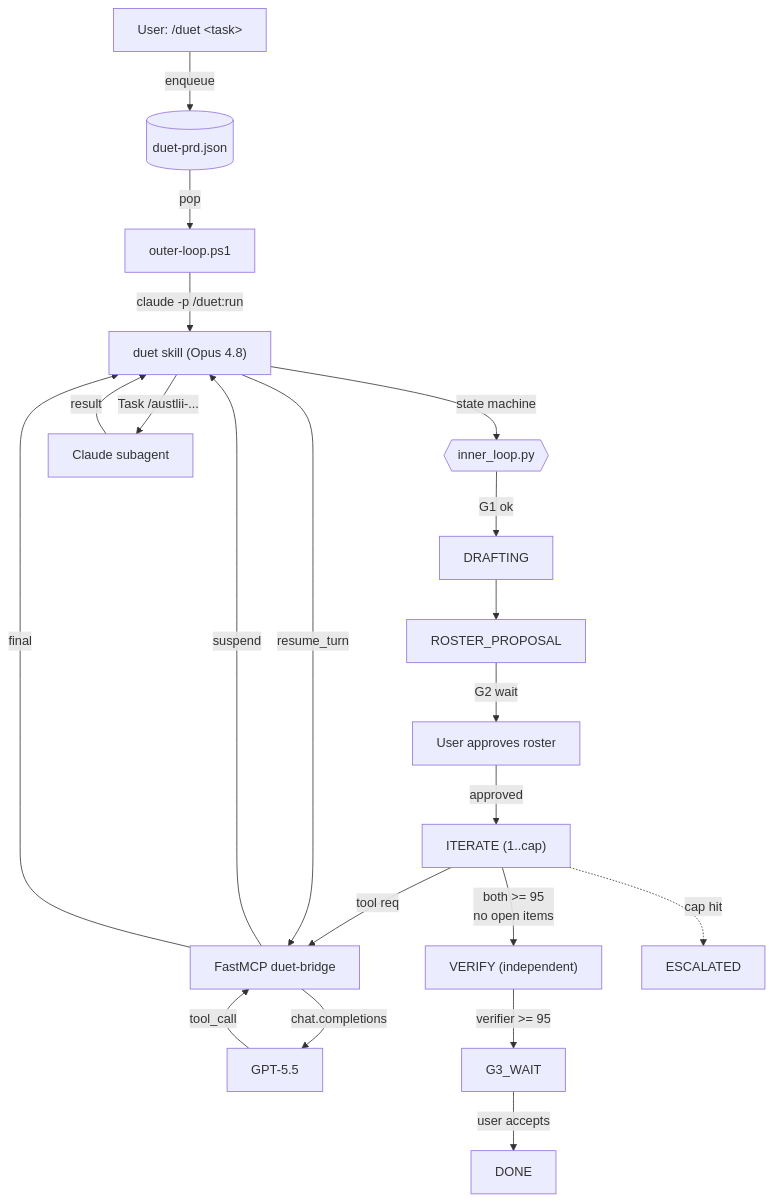
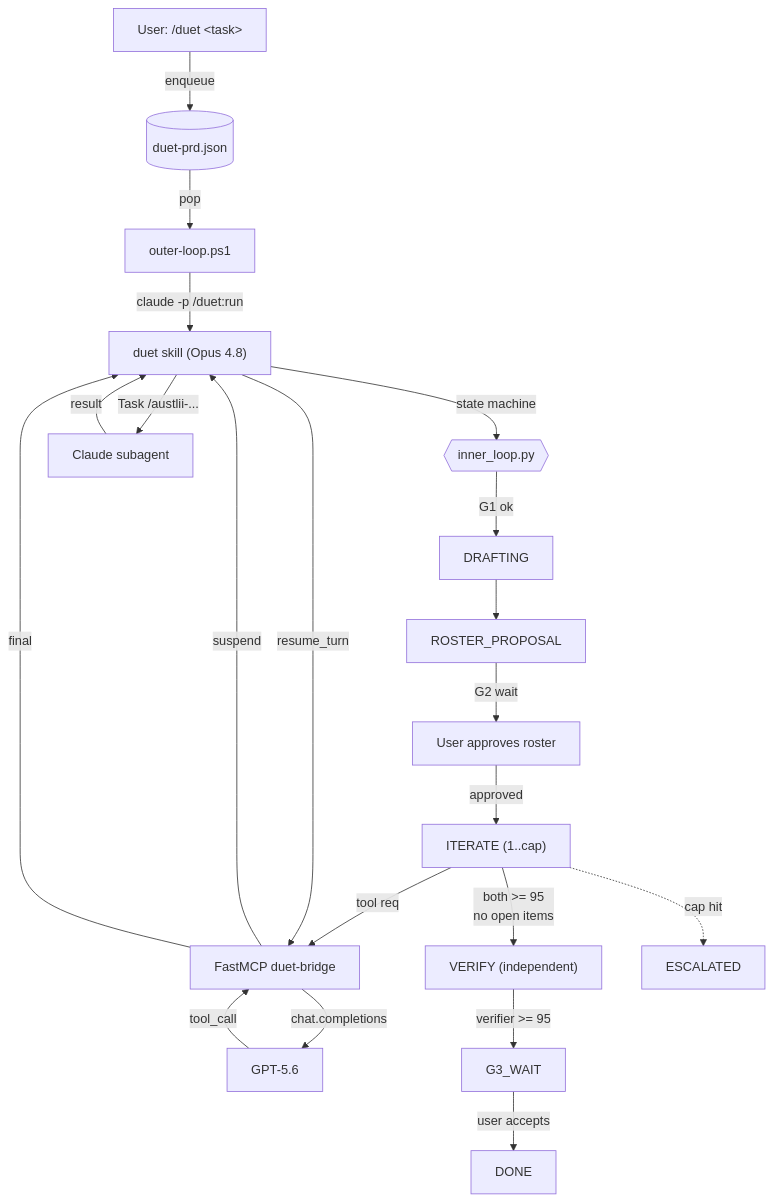
The diagram in README.md (acor8826/duet-build), drawn with Mermaid before and after one commit. The commit also changed other lines of this file and 14 other files, not shown here.

````diff
--- a/README.md
+++ b/README.md
@@ -24,23 +24,23 @@
 ```mermaid
 flowchart TB
     user["User: /duet &lt;task&gt;"] -->|enqueue| prd[("duet-prd.json")]
     prd -->|pop| outer["outer-loop.ps1"]
     outer -->|claude -p /duet:run| skill["duet skill (Opus 4.8)"]
     skill -->|state machine| sm{{"inner_loop.py"}}
     sm -->|G1 ok| draft["DRAFTING"]
     draft --> roster["ROSTER_PROPOSAL"]
     roster -->|G2 wait| user2["User approves roster"]
     user2 -->|approved| iter["ITERATE (1..cap)"]
     iter -->|tool req| bridge["FastMCP duet-bridge"]
-    bridge -->|chat.completions| gpt["GPT-5.5"]
+    bridge -->|chat.completions| gpt["GPT-5.6"]
     gpt -->|tool_call| bridge
     bridge -->|suspend| skill
     skill -->|Task /austlii-...| sub["Claude subagent"]
     sub -->|result| skill
     skill -->|resume_turn| bridge
     bridge -->|final| skill
     iter -->|both >= 95<br/>no open items| verify["VERIFY (independent)"]
     verify -->|verifier >= 95| g3["G3_WAIT"]
     g3 -->|user accepts| done["DONE"]
     iter -.->|cap hit| escal["ESCALATED"]
 ```
````
